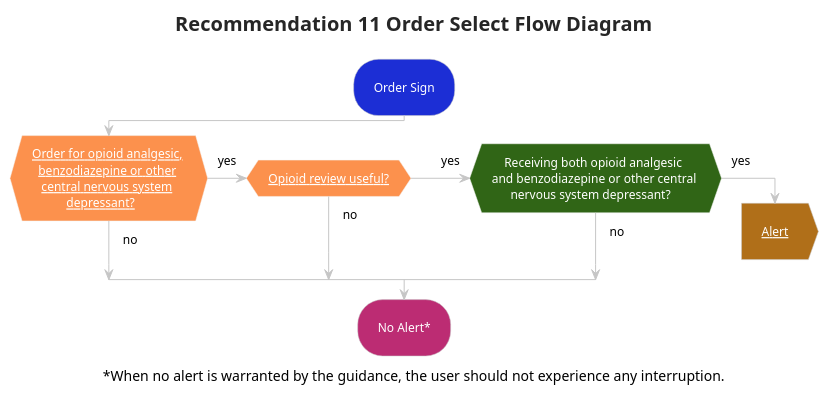
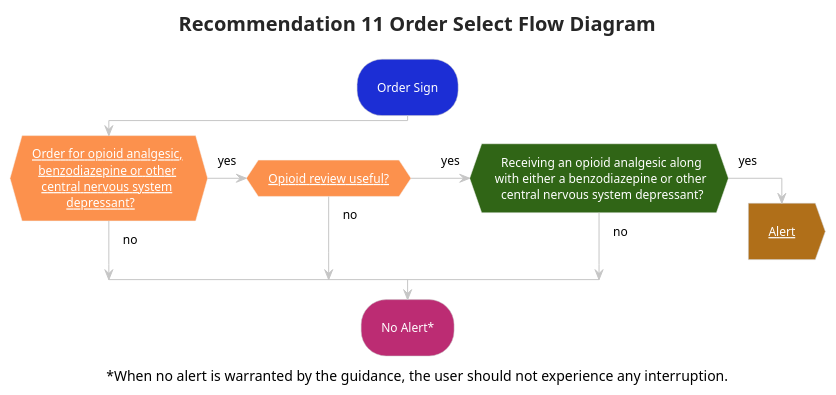
The diagram in input/images-source/flow_rec11_orderselect.plantuml (cqframework/opioid-cds-r4), drawn with PlantUML before and after one commit. The commit also changed 3 other files, not shown here.

Commit message:
Applied feedback: improved wording in flow diagram

```diff
--- a/input/images-source/flow_rec11_orderselect.plantuml
+++ b/input/images-source/flow_rec11_orderselect.plantuml
@@ -1,27 +1,27 @@
 @startuml flow_rec11_orderselect
 !theme carbon-gray
 skinparam hyperlinkColor white
 <style>
 activityDiagram {
  FontColor white
  RoundCorner 50
  arrow {
   FontColor: Black
  }
  diamond {
   BackgroundColor #fc914d
  }
 }
 </style>
 title Recommendation 11 Order Select Flow Diagram
 #1C2ED5:Order Sign; 
 if ([[subroutines.html#recommendation-11-opioid-analgesic-or-benzodiazepine-or-cns-depressant-order Order for opioid analgesic, \n  benzodiazepine or other \n   central nervous system \n           depressant?]]) then (no)
 (yes) elseif ([[subroutines.html#opioid-review-useful Opioid review useful?]]) then (no)
-#306516:(yes) elseif (    Receiving both opioid analgesic \nand benzodiazepine or other central \n      nervous system depressant?) then (no) 
+#306516:(yes) elseif (   Receiving an opioid analgesic along\n with either a benzodiazepine or other\n   central nervous system depressant?) then (no) 
 else (yes) 
 #b06f19:[[user-interaction-alerts.html#recommendation-11-alert Alert]];<<output>>
 kill
 endif
 #BC2C73:No Alert*;
 caption ~*When no alert is warranted by the guidance, the user should not experience any interruption.
 @enduml
```
